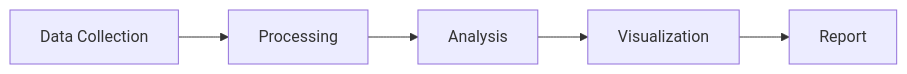
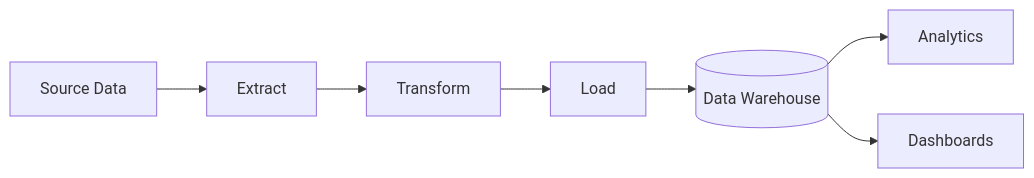
Before and after one commit to sorenwacker/quarto-presentation-template: the first of 2 diagrams in content/index.qmd, drawn with Mermaid. The commit also changed other lines of this file and 2 other files, not shown here.

````diff
--- a/content/index.qmd
+++ b/content/index.qmd
@@ -62,7 +61,10 @@
 ```{mermaid}
+%%| fig-width: 9
 flowchart LR
-    A[Data Collection] --> B[Processing]
-    B --> C[Analysis]
-    C --> D[Visualization]
-    D --> E[Report]
+    A[Source Data] --> B[Extract]
+    B --> C[Transform]
+    C --> D[Load]
+    D --> E[(Data Warehouse)]
+    E --> F[Analytics]
+    E --> G[Dashboards]
 ```
````
